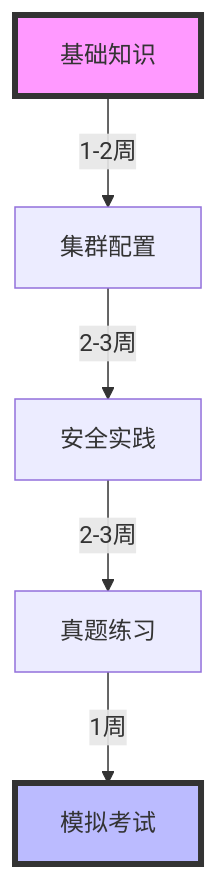
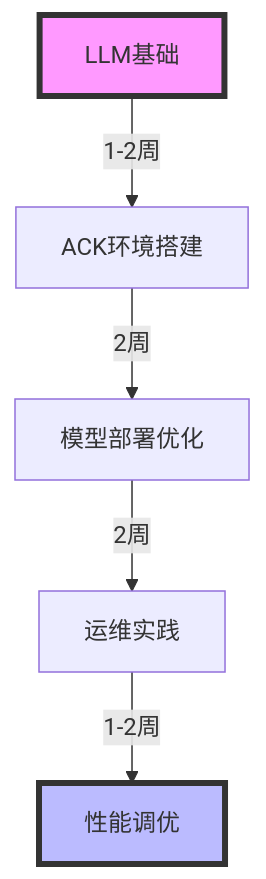
Before and after one commit to pizicaiman/pizicaiman.github.io: the third of 3 diagrams in docs/devops/2025/ack_llm_practrise_2025.md, drawn with Mermaid. The commit also changed other lines of this file and 4 other files, not shown here.

````diff
--- a/docs/devops/2025/ack_llm_practrise_2025.md
+++ b/docs/devops/2025/ack_llm_practrise_2025.md
@@ -172,10 +262,10 @@
 ```mermaid
 graph TD
-    A[基础知识] -->|1-2周| B[集群配置]
-    B -->|2-3周| C[安全实践]
-    C -->|2-3周| D[真题练习]
-    D -->|1周| E[模拟考试]
+    A[LLM基础] -->|1-2周| B[ACK环境搭建]
+    B -->|2周| C[模型部署优化]
+    C -->|2周| D[运维实践]
+    D -->|1-2周| E[性能调优]
     
     style A fill:#f9f,stroke:#333,stroke-width:4px
     style E fill:#bbf,stroke:#333,stroke-width:4px
 ```
````
